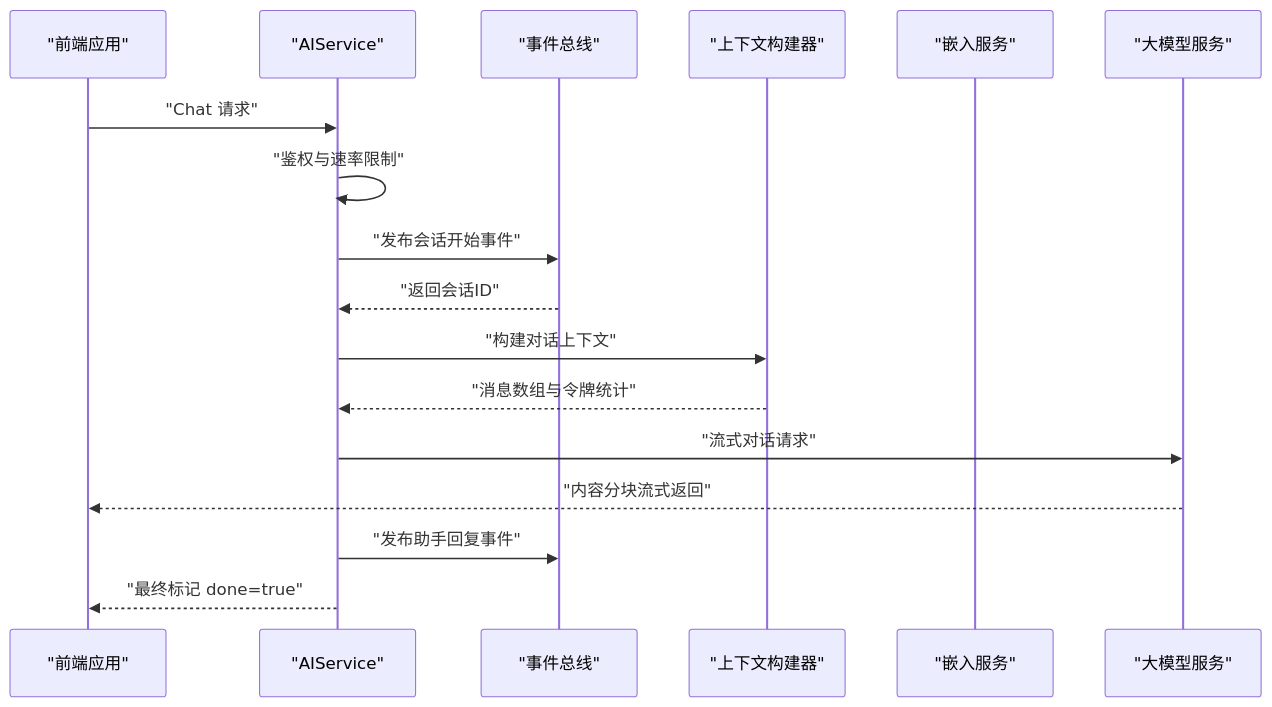
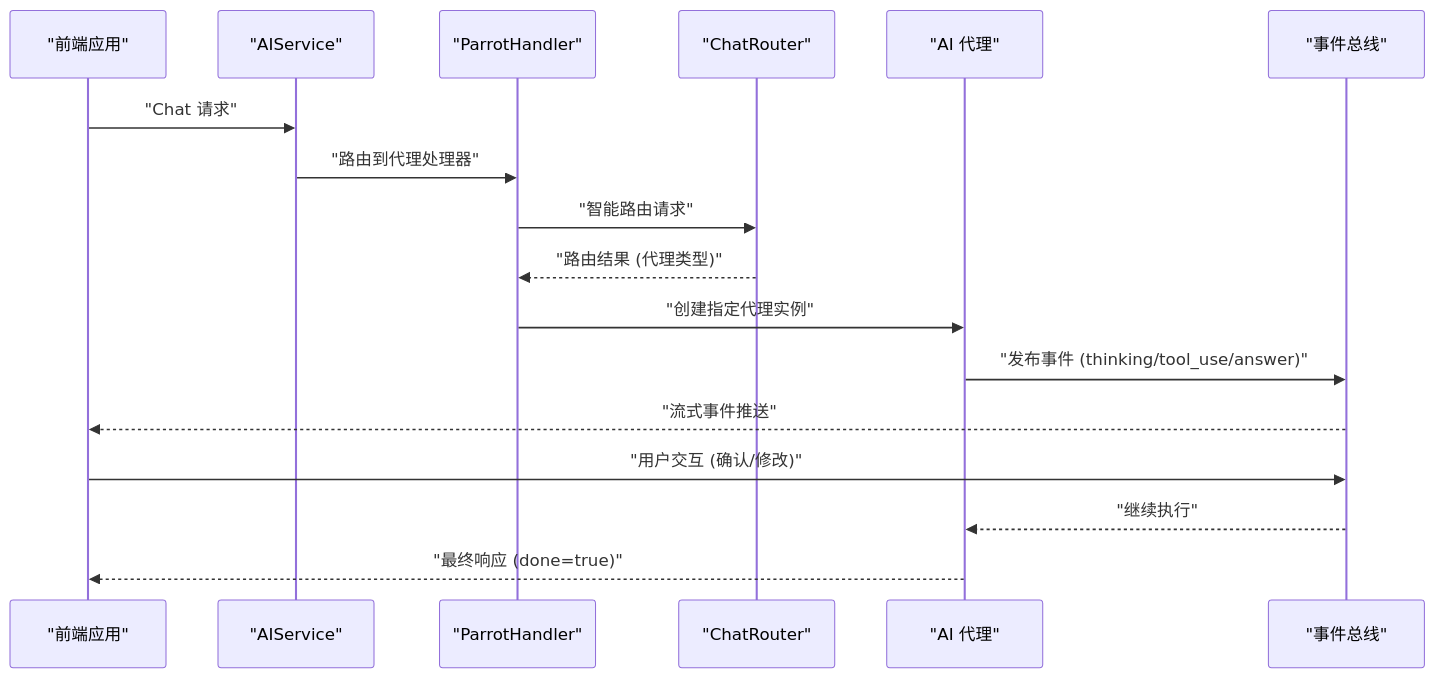
The second of 9 diagrams in .qoder/repowiki/zh/content/API 接口文档/服务接口规范/AI 服务 API/AI 服务 API.md (hrygo/memos), drawn with Mermaid before and after one commit. The commit also changed other lines of this file and 29 other files, not shown here.

````diff
--- a/.qoder/repowiki/zh/content/API 接口文档/服务接口规范/AI 服务 API/AI 服务 API.md
+++ b/.qoder/repowiki/zh/content/API 接口文档/服务接口规范/AI 服务 API/AI 服务 API.md
@@ -125,19 +157,19 @@
 ```mermaid
 sequenceDiagram
 participant FE as "前端应用"
 participant API as "AIService"
+participant PH as "ParrotHandler"
+participant CR as "ChatRouter"
+participant AG as "AI 代理"
 participant EVT as "事件总线"
-participant CTX as "上下文构建器"
-participant EMB as "嵌入服务"
-participant LLM as "大模型服务"
 FE->>API : "Chat 请求"
-API->>API : "鉴权与速率限制"
-API->>EVT : "发布会话开始事件"
-EVT-->>API : "返回会话ID"
-API->>CTX : "构建对话上下文"
-CTX-->>API : "消息数组与令牌统计"
-API->>LLM : "流式对话请求"
-LLM-->>FE : "内容分块流式返回"
-API->>EVT : "发布助手回复事件"
-API-->>FE : "最终标记 done=true"
+API->>PH : "路由到代理处理器"
+PH->>CR : "智能路由请求"
+CR-->>PH : "路由结果 (代理类型)"
+PH->>AG : "创建指定代理实例"
+AG->>EVT : "发布事件 (thinking/tool_use/answer)"
+EVT-->>FE : "流式事件推送"
+FE->>EVT : "用户交互 (确认/修改)"
+EVT-->>AG : "继续执行"
+AG-->>FE : "最终响应 (done=true)"
 ```
````
